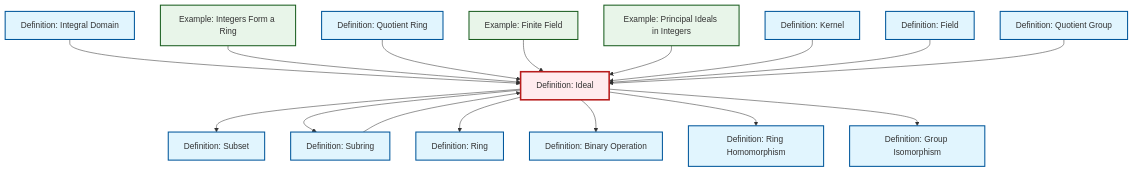
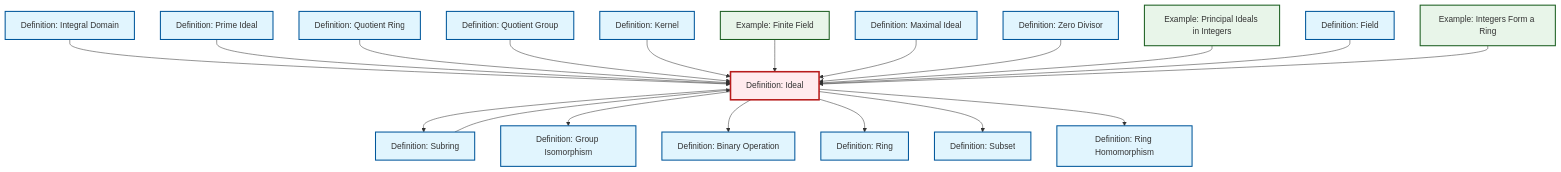
Before and after one commit to RK0429/ModernMath: the diagram in content/ja/algebra/def-ideal.qmd, drawn with Mermaid. The commit also changed 654 other files, not shown here.

First line of the commit message:
fix: Update cross-references to equivalence relation in quotient ring definitions

````diff
--- a/content/ja/algebra/def-ideal.qmd
+++ b/content/ja/algebra/def-ideal.qmd
@@ -84,54 +84,63 @@
 ```{mermaid}
 %%| fig-cap: "Local dependency graph"
 graph TD
     classDef definition fill:#e1f5fe,stroke:#01579b,stroke-width:2px
     classDef theorem fill:#f3e5f5,stroke:#4a148c,stroke-width:2px
     classDef axiom fill:#fff3e0,stroke:#e65100,stroke-width:2px
     classDef example fill:#e8f5e9,stroke:#1b5e20,stroke-width:2px
     classDef current fill:#ffebee,stroke:#b71c1c,stroke-width:3px
     def-quotient-ring["Definition: Quotient Ring"]:::definition
-    def-binary-operation["Definition: Binary Operation"]:::definition
+    def-isomorphism["Definition: Group Isomorphism"]:::definition
     def-ring-homomorphism["Definition: Ring Homomorphism"]:::definition
+    def-maximal-ideal["Definition: Maximal Ideal"]:::definition
+    def-field["Definition: Field"]:::definition
+    def-prime-ideal["Definition: Prime Ideal"]:::definition
     def-quotient-group["Definition: Quotient Group"]:::definition
     def-ring["Definition: Ring"]:::definition
     def-subset["Definition: Subset"]:::definition
+    def-ideal["Definition: Ideal"]:::definition
+    def-binary-operation["Definition: Binary Operation"]:::definition
+    def-zero-divisor["Definition: Zero Divisor"]:::definition
+    def-kernel["Definition: Kernel"]:::definition
+    ex-finite-field["Example: Finite Field"]:::example
+    def-subring["Definition: Subring"]:::definition
+    def-integral-domain["Definition: Integral Domain"]:::definition
     ex-principal-ideal["Example: Principal Ideals in Integers"]:::example
-    def-isomorphism["Definition: Group Isomorphism"]:::definition
-    def-integral-domain["Definition: Integral Domain"]:::definition
-    def-subring["Definition: Subring"]:::definition
-    ex-finite-field["Example: Finite Field"]:::example
-    def-field["Definition: Field"]:::definition
-    def-kernel["Definition: Kernel"]:::definition
     ex-integers-ring["Example: Integers Form a Ring"]:::example
-    def-ideal["Definition: Ideal"]:::definition
-    def-ideal --> def-subset
+    def-integral-domain --> def-ideal
     def-ideal --> def-subring
-    def-integral-domain --> def-ideal
-    def-ideal --> def-ring
-    ex-integers-ring --> def-ideal
+    def-ideal --> def-isomorphism
+    def-prime-ideal --> def-ideal
+    def-subring --> def-ideal
     def-quotient-ring --> def-ideal
-    def-subring --> def-ideal
+    def-quotient-group --> def-ideal
+    def-kernel --> def-ideal
     def-ideal --> def-binary-operation
     ex-finite-field --> def-ideal
+    def-ideal --> def-ring
+    def-maximal-ideal --> def-ideal
+    def-zero-divisor --> def-ideal
+    def-ideal --> def-subset
     ex-principal-ideal --> def-ideal
-    def-kernel --> def-ideal
+    def-ideal --> def-ring-homomorphism
     def-field --> def-ideal
-    def-quotient-group --> def-ideal
-    def-ideal --> def-ring-homomorphism
-    def-ideal --> def-isomorphism
+    ex-integers-ring --> def-ideal
     class def-ideal current
     click def-quotient-ring "def-quotient-ring.html" "Definition: Quotient Ringへ"
-    click def-binary-operation "def-binary-operation.html" "Definition: Binary Operationへ"
+    click def-isomorphism "def-isomorphism.html" "Definition: Group Isomorphismへ"
     click def-ring-homomorphism "def-ring-homomorphism.html" "Definition: Ring Homomorphismへ"
+    click def-maximal-ideal "def-maximal-ideal.html" "Definition: Maximal Idealへ"
+    click def-field "def-field.html" "Definition: Fieldへ"
+    click def-prime-ideal "def-prime-ideal.html" "Definition: Prime Idealへ"
     click def-quotient-group "def-quotient-group.html" "Definition: Quotient Groupへ"
     click def-ring "def-ring.html" "Definition: Ringへ"
     click def-subset "def-subset.html" "Definition: Subsetへ"
+    click def-binary-operation "def-binary-operation.html" "Definition: Binary Operationへ"
+    click def-zero-divisor "def-zero-divisor.html" "Definition: Zero Divisorへ"
+    click def-kernel "def-kernel.html" "Definition: Kernelへ"
+    click ex-finite-field "ex-finite-field.html" "Example: Finite Fieldへ"
+    click def-subring "def-subring.html" "Definition: Subringへ"
+    click def-integral-domain "def-integral-domain.html" "Definition: Integral Domainへ"
     click ex-principal-ideal "ex-principal-ideal.html" "Example: Principal Ideals in Integersへ"
-    click def-isomorphism "def-isomorphism.html" "Definition: Group Isomorphismへ"
-    click def-integral-domain "def-integral-domain.html" "Definition: Integral Domainへ"
-    click def-subring "def-subring.html" "Definition: Subringへ"
-    click ex-finite-field "ex-finite-field.html" "Example: Finite Fieldへ"
-    click def-field "def-field.html" "Definition: Fieldへ"
-    click def-kernel "def-kernel.html" "Definition: Kernelへ"
     click ex-integers-ring "ex-integers-ring.html" "Example: Integers Form a Ringへ"
 ```
````
